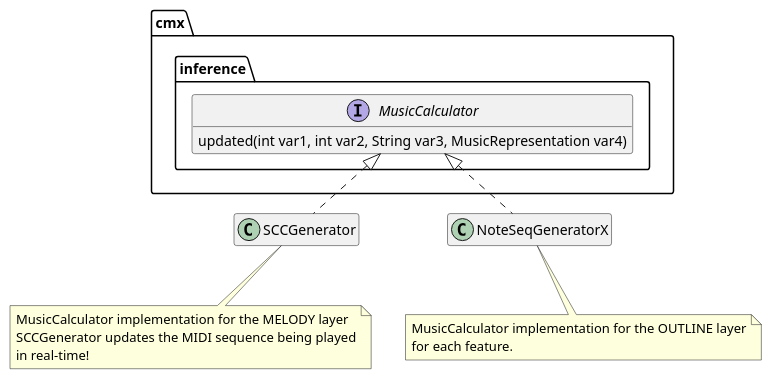
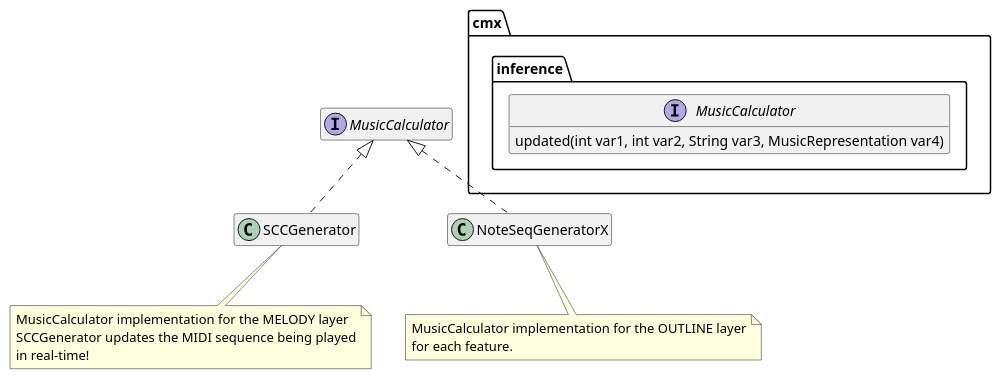
One commit to fujiij/plantuml changed the diagram in diagrams/test2.puml. Above: the diagram before and after it, drawn with PlantUML.

```diff
--- a/diagrams/test2.puml
+++ b/diagrams/test2.puml
@@ -1,27 +1,27 @@
 @startuml
 'https://plantuml.com/class-diagram
 hide empty members
 
 package "cmx" {
     package "inference" {
         interface MusicCalculator {
             updated(int var1, int var2, String var3, MusicRepresentation var4)
         }
     }
 }
 
-class SCCGenerator implements cmx.inference.MusicCalculator
-class NoteSeqGeneratorX implements cmx.inference.MusicCalculator
+class SCCGenerator implements MusicCalculator
+class NoteSeqGeneratorX implements MusicCalculator
 
 note bottom of SCCGenerator
     MusicCalculator implementation for the MELODY layer
     SCCGenerator updates the MIDI sequence being played
     in real-time!
 end note
 
 note bottom of NoteSeqGeneratorX
     MusicCalculator implementation for the OUTLINE layer
     for each feature.
 end note
 
 @enduml
```
